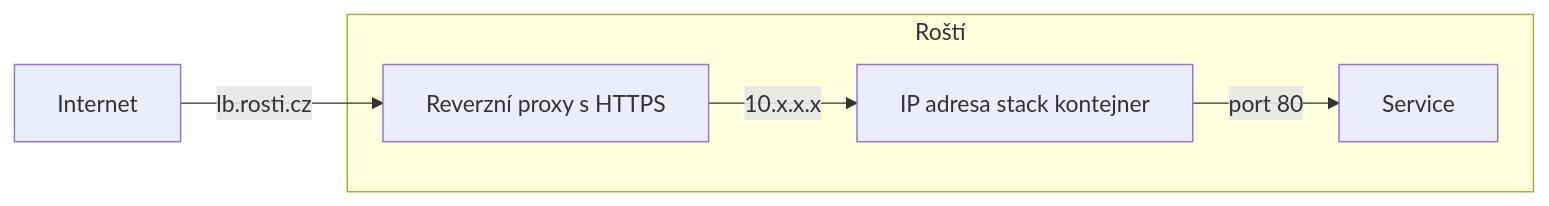
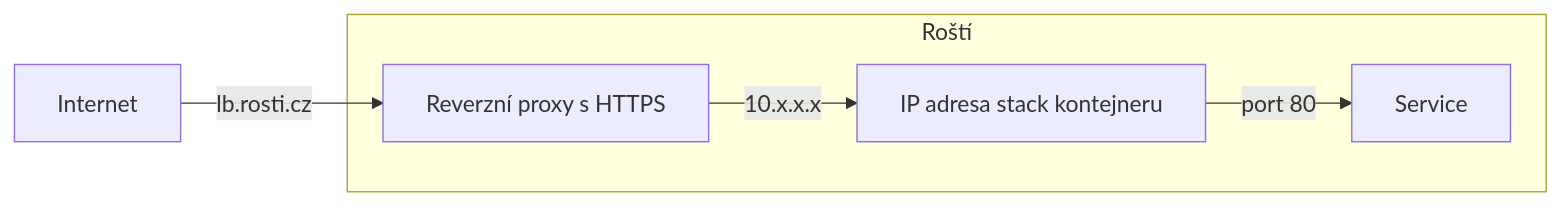
The diagram in docs/cs/stacks/quickstart.md (rosti-cz/docs), drawn with Mermaid before and after one commit. The commit also changed other lines of this file, not shown here.

````diff
--- a/docs/cs/stacks/quickstart.md
+++ b/docs/cs/stacks/quickstart.md
@@ -105,7 +104,7 @@
 ```mermaid
 flowchart LR
   subgraph Roští
-    proxy["Reverzní proxy s HTTPS"] -- 10.x.x.x --> stack["IP adresa stack kontejner"] -- "port 80" --> port["Service"]
+    proxy["Reverzní proxy s HTTPS"] -- 10.x.x.x --> stack["IP adresa stack kontejneru"] -- "port 80" --> port["Service"]
   end
   Internet -- lb.rosti.cz --> proxy
 ```
````
